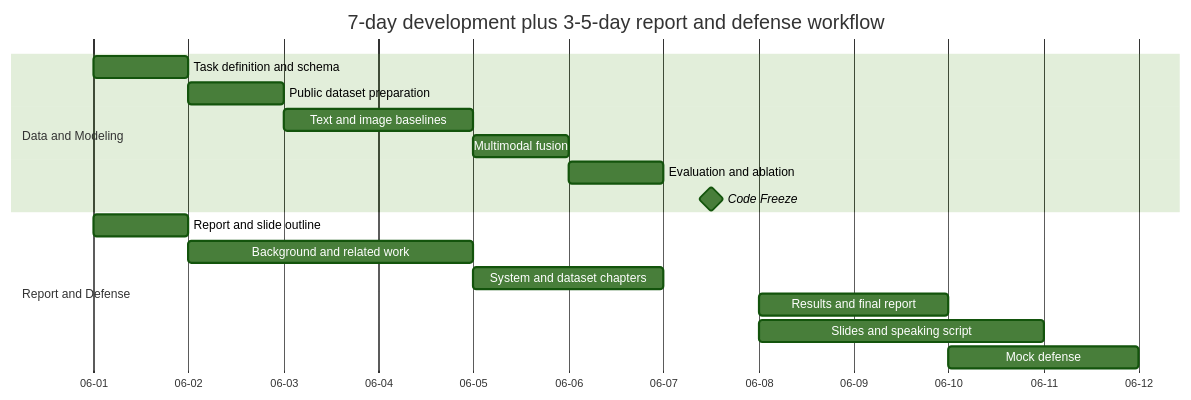
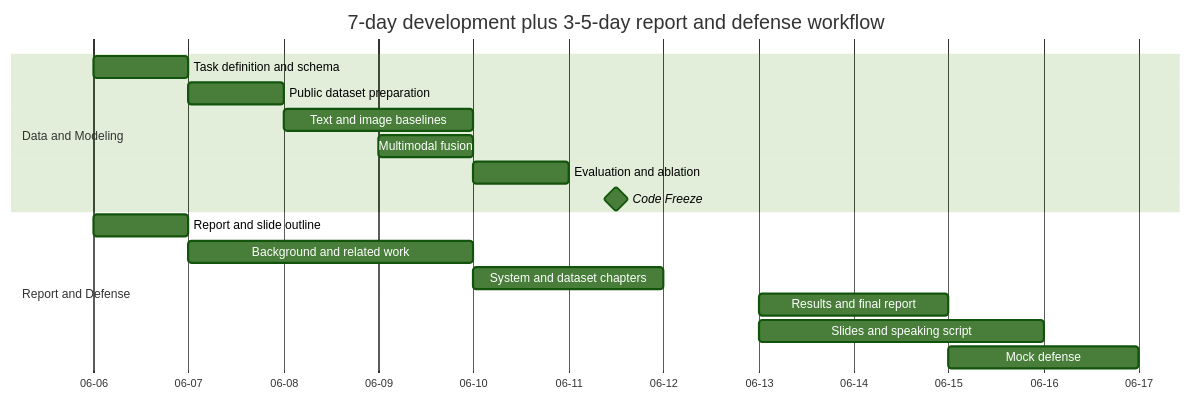
The diagram in document/项目入手指南.md (LiaoYK001/NetContSecurity-Project-LHCGC-2026), drawn with Mermaid (forest theme) before and after one commit. The commit also changed 7 other files, not shown here.

````diff
--- a/document/项目入手指南.md
+++ b/document/项目入手指南.md
@@ -218,22 +218,22 @@
 ```mermaid
 gantt
     title 7-day development plus 3-5-day report and defense workflow
     dateFormat  YYYY-MM-DD
     axisFormat  %m-%d
 
     section Data and Modeling
-    Task definition and schema      :a1, 2026-06-01, 1d
-    Public dataset preparation      :a2, 2026-06-02, 1d
-    Text and image baselines        :a3, 2026-06-03, 2d
-    Multimodal fusion               :a4, 2026-06-05, 1d
-    Evaluation and ablation         :a5, 2026-06-06, 1d
-    Code Freeze                     :milestone, a6, 2026-06-07, 1d
+    Task definition and schema      :a1, 2026-06-06, 1d
+    Public dataset preparation      :a2, 2026-06-07, 1d
+    Text and image baselines        :a3, 2026-06-08, 2d
+    Multimodal fusion               :a4, 2026-06-09, 1d
+    Evaluation and ablation         :a5, 2026-06-10, 1d
+    Code Freeze                     :milestone, a6, 2026-06-11, 1d
 
     section Report and Defense
-    Report and slide outline        :b1, 2026-06-01, 1d
-    Background and related work     :b2, 2026-06-02, 3d
-    System and dataset chapters     :b3, 2026-06-05, 2d
-    Results and final report        :b4, 2026-06-08, 2d
-    Slides and speaking script      :b5, 2026-06-08, 3d
-    Mock defense                    :b6, 2026-06-10, 2d
+    Report and slide outline        :b1, 2026-06-06, 1d
+    Background and related work     :b2, 2026-06-07, 3d
+    System and dataset chapters     :b3, 2026-06-10, 2d
+    Results and final report        :b4, 2026-06-13, 2d
+    Slides and speaking script      :b5, 2026-06-13, 3d
+    Mock defense                    :b6, 2026-06-15, 2d
 ```
````
